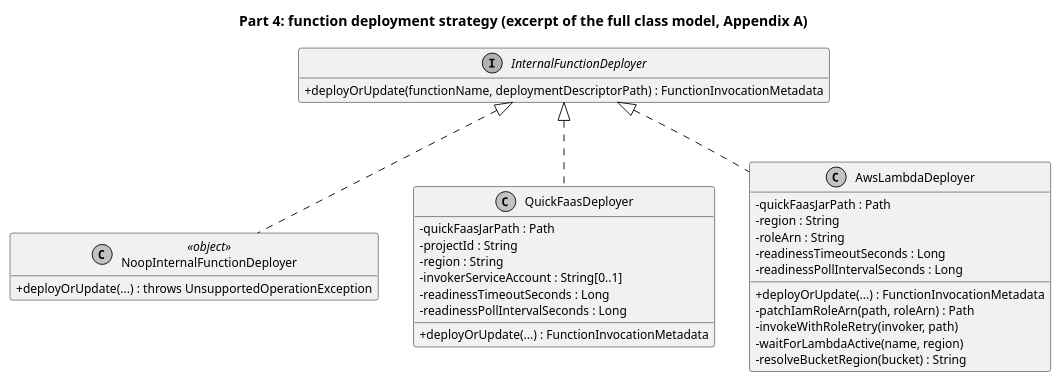
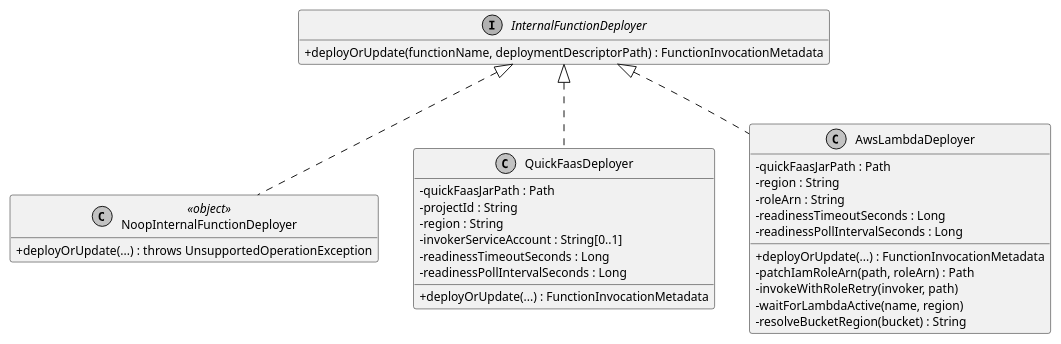
Before and after one commit to EngenheiroPedroCarvalho/ISEL-Thesis-2526: the diagram in diagrams/omniflow-classes-deployers.puml, drawn with PlantUML. The commit also changed 52 other files, not shown here.

First line of the commit message:
Drop diagram titles and use "deployment" in the Resumo

```diff
--- a/diagrams/omniflow-classes-deployers.puml
+++ b/diagrams/omniflow-classes-deployers.puml
@@ -1,43 +1,41 @@
 @startuml omniflow-classes-deployers
 skinparam monochrome true
 skinparam shadowing false
 skinparam classAttributeIconSize 0
 skinparam defaultFontSize 12
 hide empty members
-title Part 4: function deployment strategy (excerpt of the full class model, Appendix A)
-
 interface InternalFunctionDeployer {
   +deployOrUpdate(functionName, deploymentDescriptorPath) : FunctionInvocationMetadata
 }
 
 class NoopInternalFunctionDeployer <<object>> {
   +deployOrUpdate(...) : throws UnsupportedOperationException
 }
 
 class QuickFaasDeployer {
   -quickFaasJarPath : Path
   -projectId : String
   -region : String
   -invokerServiceAccount : String[0..1]
   -readinessTimeoutSeconds : Long
   -readinessPollIntervalSeconds : Long
   +deployOrUpdate(...) : FunctionInvocationMetadata
 }
 
 class AwsLambdaDeployer {
   -quickFaasJarPath : Path
   -region : String
   -roleArn : String
   -readinessTimeoutSeconds : Long
   -readinessPollIntervalSeconds : Long
   +deployOrUpdate(...) : FunctionInvocationMetadata
   -patchIamRoleArn(path, roleArn) : Path
   -invokeWithRoleRetry(invoker, path)
   -waitForLambdaActive(name, region)
   -resolveBucketRegion(bucket) : String
 }
 
 InternalFunctionDeployer <|.. NoopInternalFunctionDeployer
 InternalFunctionDeployer <|.. QuickFaasDeployer
 InternalFunctionDeployer <|.. AwsLambdaDeployer
 @enduml
```
